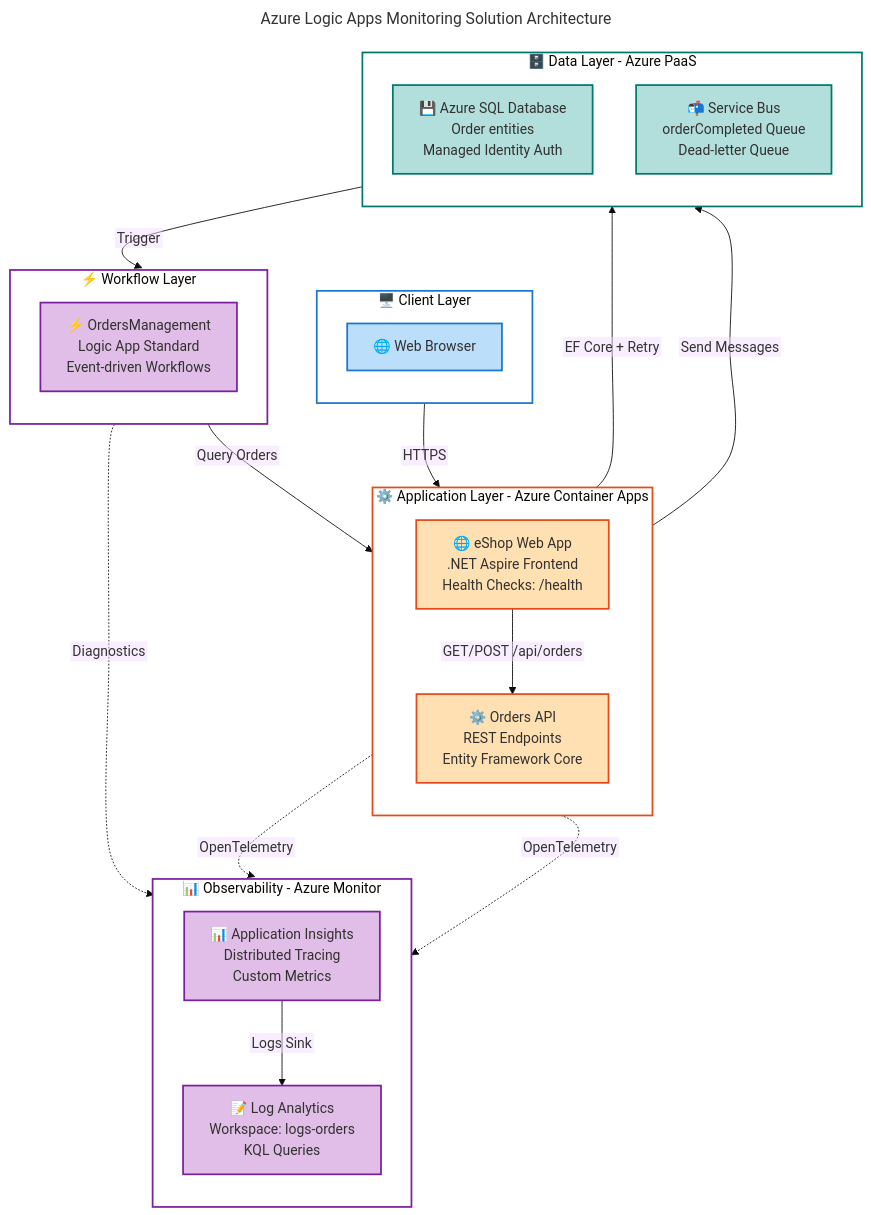
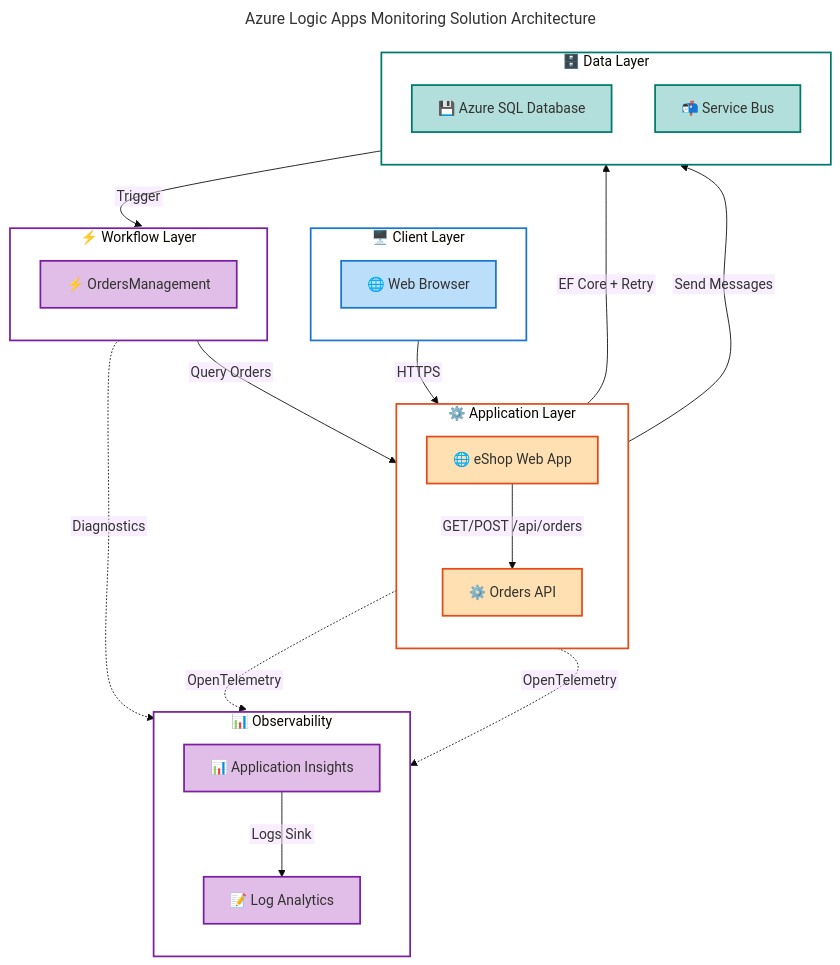
The diagram in README.md (Evilazaro/Azure-LogicApps-Monitoring), drawn with Mermaid before and after one commit.

Commit message:
docs: simplify flowchart labels for improved clarity and consistency

```diff
--- a/README.md
+++ b/README.md
@@ -134,27 +134,27 @@
         clientNode["🌐 Web Browser"]:::azureBlue
     end
 
-    subgraph appLayer["⚙️ Application Layer - Azure Container Apps"]
+    subgraph appLayer["⚙️ Application Layer"]
         direction TB
-        webApp["🌐 eShop Web App<br/>.NET Aspire Frontend<br/>Health Checks: /health"]:::azureOrange
-        ordersAPI["⚙️ Orders API<br/>REST Endpoints<br/>Entity Framework Core"]:::azureOrange
+        webApp["🌐 eShop Web App"]:::azureOrange
+        ordersAPI["⚙️ Orders API"]:::azureOrange
     end
 
     subgraph workflowLayer["⚡ Workflow Layer"]
         direction TB
-        logicApp["⚡ OrdersManagement<br/>Logic App Standard<br/>Event-driven Workflows"]:::azurePurple
+        logicApp["⚡ OrdersManagement"]:::azurePurple
     end
 
-    subgraph dataLayer["🗄️ Data Layer - Azure PaaS"]
+    subgraph dataLayer["🗄️ Data Layer"]
         direction TB
-        sqlDb["💾 Azure SQL Database<br/>Order entities<br/>Managed Identity Auth"]:::azureTeal
-        serviceBus["📬 Service Bus<br/>orderCompleted Queue<br/>Dead-letter Queue"]:::azureTeal
+        sqlDb["💾 Azure SQL Database"]:::azureTeal
+        serviceBus["📬 Service Bus"]:::azureTeal
     end
 
-    subgraph observabilityLayer["📊 Observability - Azure Monitor"]
+    subgraph observabilityLayer["📊 Observability"]
         direction TB
-        appInsights["📊 Application Insights<br/>Distributed Tracing<br/>Custom Metrics"]:::azurePurple
-        logAnalytics["📝 Log Analytics<br/>Workspace: logs-orders<br/>KQL Queries"]:::azurePurple
+        appInsights["📊 Application Insights"]:::azurePurple
+        logAnalytics["📝 Log Analytics"]:::azurePurple
     end
 
     %% Connections
```
